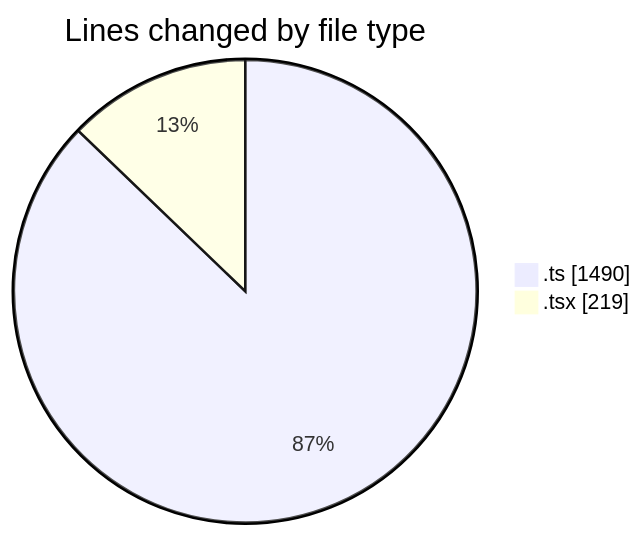
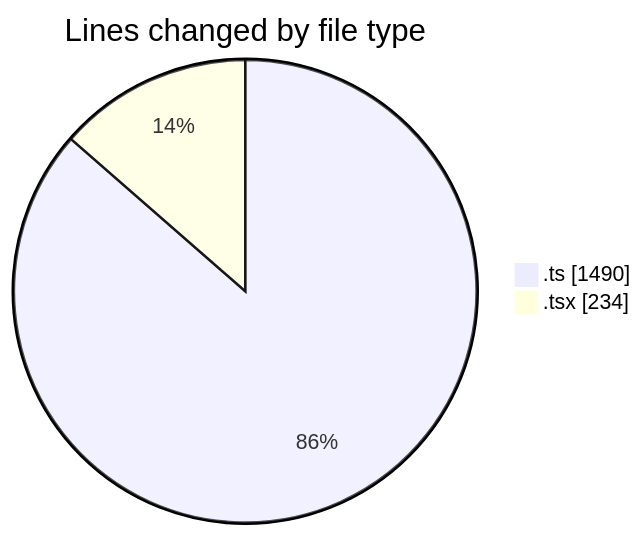
One commit to momahboobian/code-tracking changed the first of 2 diagrams in 2025-11-27/cda/README.md. Above: the diagram before and after it, drawn with Mermaid. The commit also changed other lines of this file and 1 other file, not shown here.

````diff
--- a/2025-11-27/cda/README.md
+++ b/2025-11-27/cda/README.md
@@ -22,6 +22,6 @@
 ```mermaid
 pie showData
 title Lines changed by file type
 ".ts" : 1490
-".tsx" : 219
+".tsx" : 234
 ```
````
